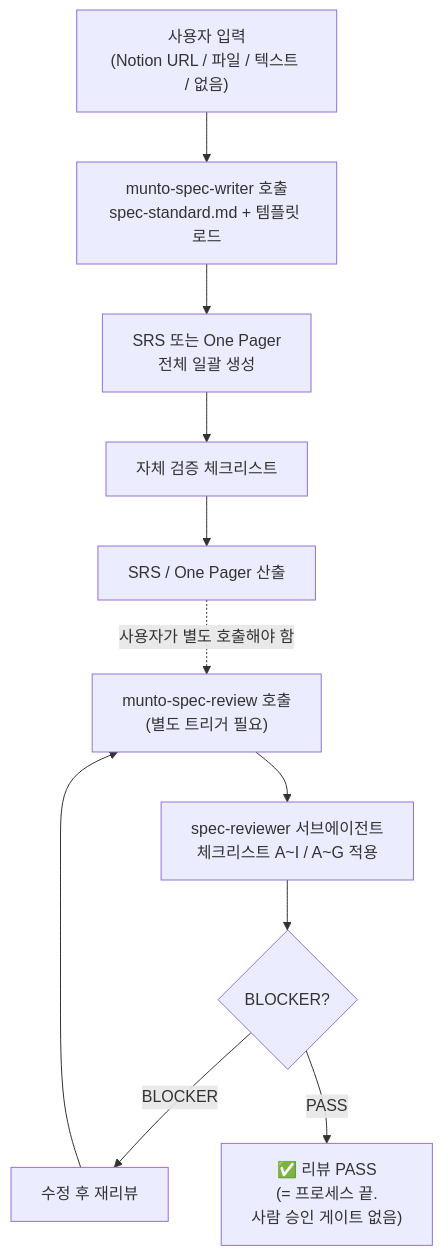
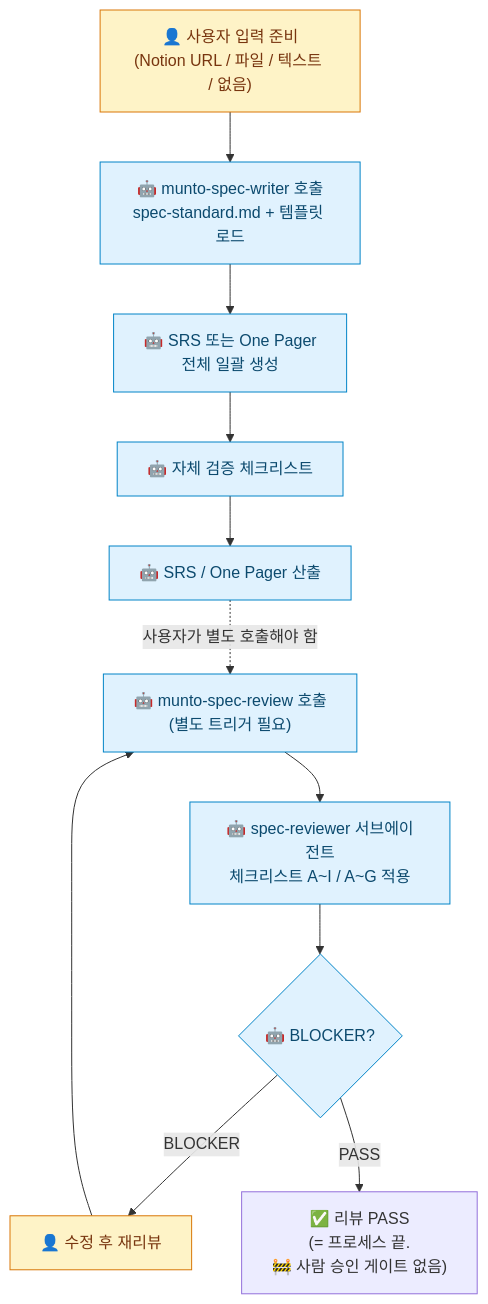
One commit to gracegyu/munto-dev-assistant-report changed the second of 3 diagrams in reports/2026-05-harness-AS-IS.md. Above: the diagram before and after it, drawn with Mermaid. The commit also changed other lines of this file and 1 other file, not shown here.

````diff
--- a/reports/2026-05-harness-AS-IS.md
+++ b/reports/2026-05-harness-AS-IS.md
@@ -102,19 +124,24 @@
 ```mermaid
 flowchart TD
-    S0["사용자 입력\n(Notion URL / 파일 / 텍스트 / 없음)"]
-    S1["munto-spec-writer 호출\nspec-standard.md + 템플릿 로드"]
-    S2["SRS 또는 One Pager\n전체 일괄 생성"]
-    S3["자체 검증 체크리스트"]
-    S4["SRS / One Pager 산출"]
-    S5["munto-spec-review 호출\n(별도 트리거 필요)"]
-    S6["spec-reviewer 서브에이전트\n체크리스트 A~I / A~G 적용"]
-    S7{"BLOCKER?"}
-    S8["수정 후 재리뷰"]
-    S9["✅ 리뷰 PASS\n(= 프로세스 끝.\n사람 승인 게이트 없음)"]
+    S0["👤 사용자 입력 준비<br/>(Notion URL / 파일 / 텍스트 / 없음)"]:::human
+    S1["🤖 munto-spec-writer 호출<br/>spec-standard.md + 템플릿 로드"]:::ai
+    S2["🤖 SRS 또는 One Pager<br/>전체 일괄 생성"]:::ai
+    S3["🤖 자체 검증 체크리스트"]:::ai
+    S4["🤖 SRS / One Pager 산출"]:::ai
+    S5["🤖 munto-spec-review 호출<br/>(별도 트리거 필요)"]:::ai
+    S6["🤖 spec-reviewer 서브에이전트<br/>체크리스트 A~I / A~G 적용"]:::ai
+    S7{"🤖 BLOCKER?"}:::ai
+    S8["👤 수정 후 재리뷰"]:::human
+    S9["✅ 리뷰 PASS<br/>(= 프로세스 끝.<br/>🚧 사람 승인 게이트 없음)"]
 
     S0 --> S1 --> S2 --> S3 --> S4
     S4 -. "사용자가 별도 호출해야 함" .-> S5
     S5 --> S6 --> S7
     S7 -- "BLOCKER" --> S8 --> S5
     S7 -- "PASS" --> S9
+
+    classDef ai fill:#e0f2fe,stroke:#0284c7,color:#0c4a6e
+    classDef human fill:#fef3c7,stroke:#d97706,color:#78350f
+    classDef collab fill:#f3e8ff,stroke:#9333ea,color:#581c87
+    classDef gate fill:#fee2e2,stroke:#dc2626,color:#7f1d1d,stroke-width:3px
 ```
````
